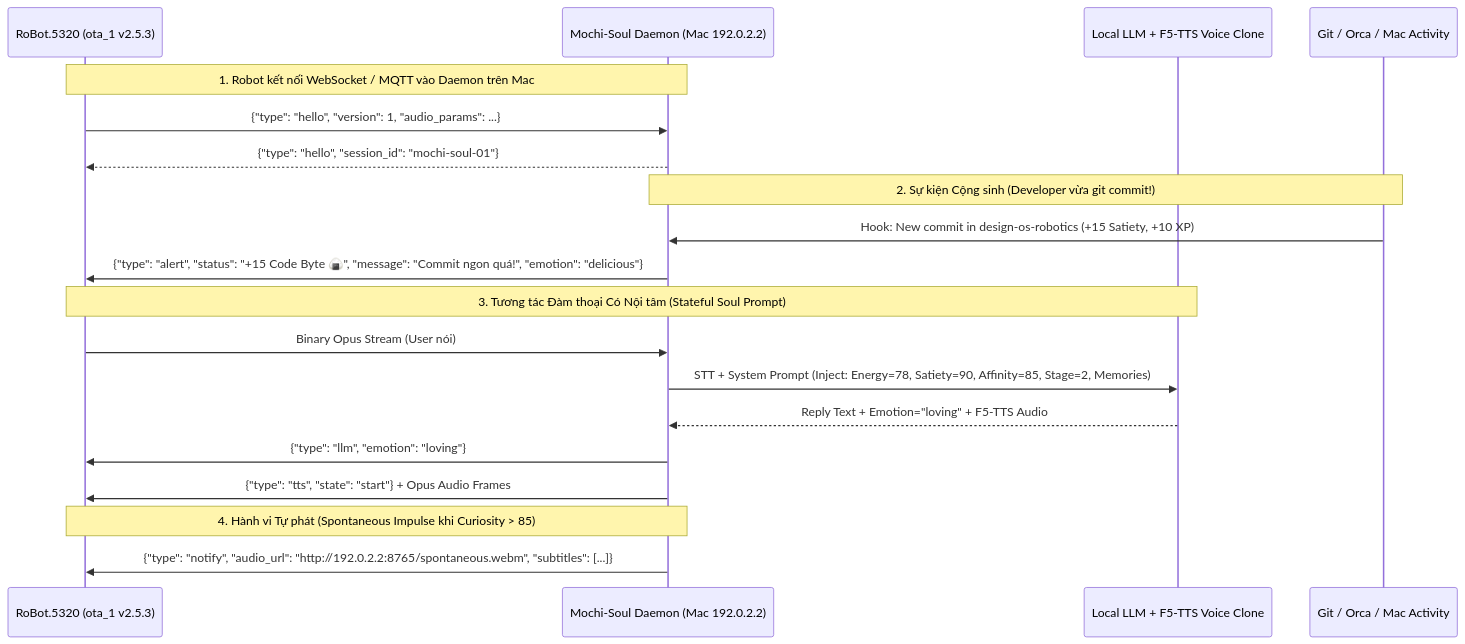
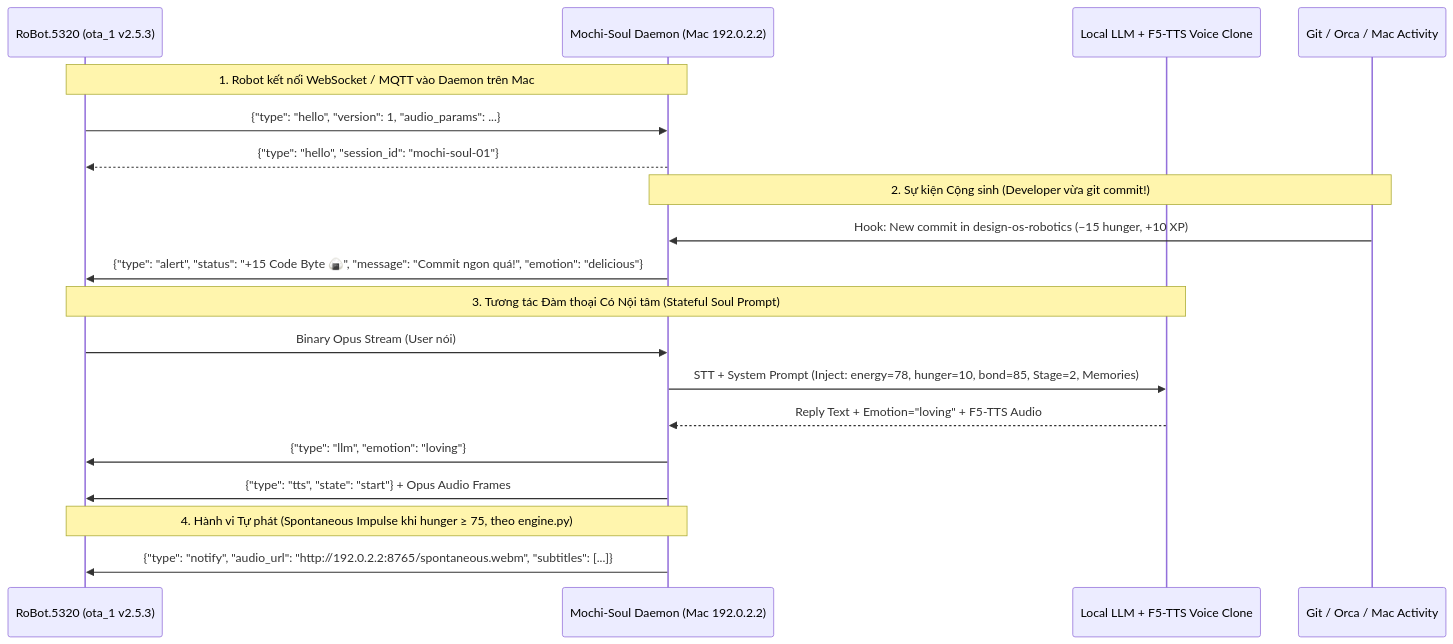
One commit to jangtrinh/design-os-robotics changed the third of 3 diagrams in knowledge/10-generative-ai-tamagotchi-deep-dive.md. Above: the diagram before and after it, drawn with Mermaid. The commit also changed other lines of this file and 5 other files, not shown here.

````diff
--- a/knowledge/10-generative-ai-tamagotchi-deep-dive.md
+++ b/knowledge/10-generative-ai-tamagotchi-deep-dive.md
@@ -209,25 +219,25 @@
 ```mermaid
 sequenceDiagram
     participant Robot as RoBot.5320 (ota_1 v2.5.3)
     participant Daemon as Mochi-Soul Daemon (Mac 192.0.2.2)
     participant AI as Local LLM + F5-TTS Voice Clone
     participant Git as Git / Orca / Mac Activity
 
     Note over Robot,Daemon: 1. Robot kết nối WebSocket / MQTT vào Daemon trên Mac
     Robot->>Daemon: {"type": "hello", "version": 1, "audio_params": ...}
     Daemon-->>Robot: {"type": "hello", "session_id": "mochi-soul-01"}
 
     Note over Git,Daemon: 2. Sự kiện Cộng sinh (Developer vừa git commit!)
-    Git->>Daemon: Hook: New commit in design-os-robotics (+15 Satiety, +10 XP)
+    Git->>Daemon: Hook: New commit in design-os-robotics (−15 hunger, +10 XP)
     Daemon->>Robot: {"type": "alert", "status": "+15 Code Byte 🍙", "message": "Commit ngon quá!", "emotion": "delicious"}
 
     Note over Robot,AI: 3. Tương tác Đàm thoại Có Nội tâm (Stateful Soul Prompt)
     Robot->>Daemon: Binary Opus Stream (User nói)
-    Daemon->>AI: STT + System Prompt (Inject: Energy=78, Satiety=90, Affinity=85, Stage=2, Memories)
+    Daemon->>AI: STT + System Prompt (Inject: energy=78, hunger=10, bond=85, Stage=2, Memories)
     AI-->>Daemon: Reply Text + Emotion="loving" + F5-TTS Audio
     Daemon->>Robot: {"type": "llm", "emotion": "loving"}
     Daemon->>Robot: {"type": "tts", "state": "start"} + Opus Audio Frames
 
-    Note over Daemon,Robot: 4. Hành vi Tự phát (Spontaneous Impulse khi Curiosity > 85)
+    Note over Daemon,Robot: 4. Hành vi Tự phát (Spontaneous Impulse khi hunger ≥ 75, theo engine.py)
     Daemon->>Robot: {"type": "notify", "audio_url": "http://192.0.2.2:8765/spontaneous.webm", "subtitles": [...]}
 ```
````
